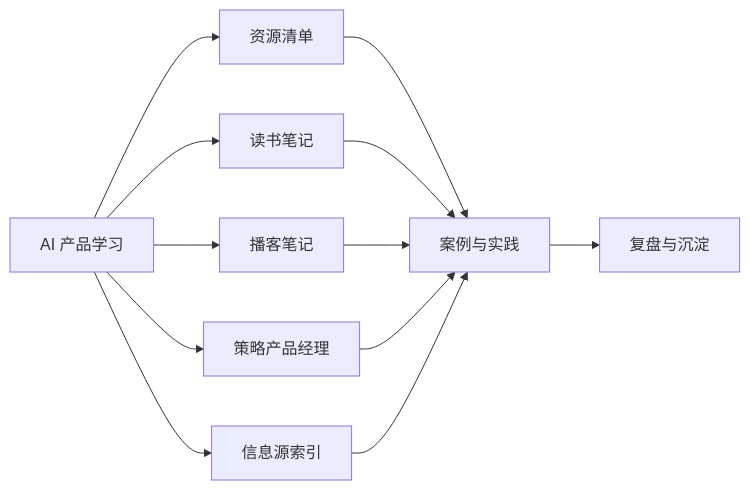
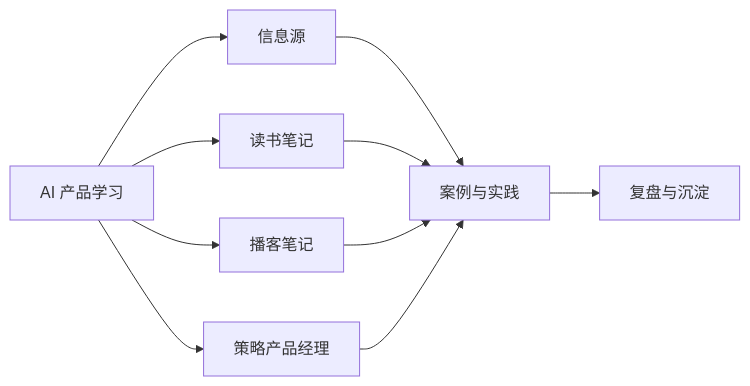
The diagram in docs/case/index.md (AI-PM-Wiki/AIPM), drawn with Mermaid before and after one commit. The commit also changed other lines of this file and 248 other files, not shown here.

````diff
--- a/docs/case/index.md
+++ b/docs/case/index.md
@@ -9,14 +9,12 @@
 ```mermaid
 flowchart LR
-    A[AI 产品学习] --> B[资源清单]
+    A[AI 产品学习] --> B[信息源]
     A --> C[读书笔记]
     A --> D[播客笔记]
     A --> E[策略产品经理]
-    A --> F[信息源索引]
-    B --> G[案例与实践]
-    C --> G
-    D --> G
-    E --> G
-    F --> G
-    G --> H[复盘与沉淀]
+    B --> F[案例与实践]
+    C --> F
+    D --> F
+    E --> F
+    F --> G[复盘与沉淀]
 ```
````
